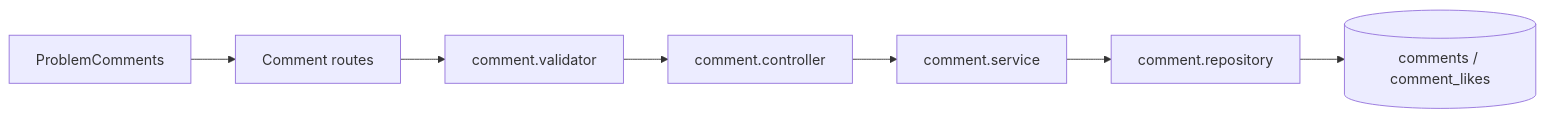
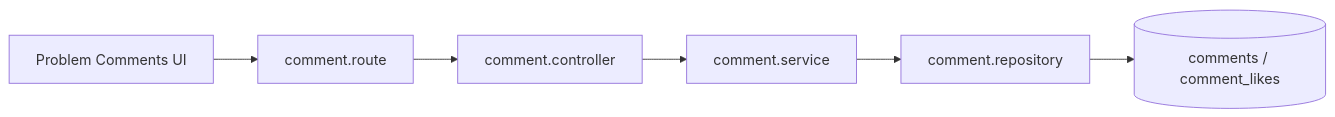
The sixth of 8 diagrams in docs/feature-flows.md (JamesHarrision/fessior-oj-backend), drawn with Mermaid before and after one commit. The commit also changed other lines of this file and 15 other files, not shown here.

Commit message:
docs: document simplified mysql architecture

````diff
--- a/docs/feature-flows.md
+++ b/docs/feature-flows.md
@@ -237,9 +130,8 @@
 ```mermaid
 flowchart LR
-  FE[ProblemComments] --> API[Comment routes]
-  API --> Validator[comment.validator]
-  Validator --> Controller[comment.controller]
+  FE[Problem Comments UI] --> API[comment.route]
+  API --> Controller[comment.controller]
   Controller --> Service[comment.service]
   Service --> Repo[comment.repository]
   Repo --> MySQL[(comments / comment_likes)]
 ```
````
